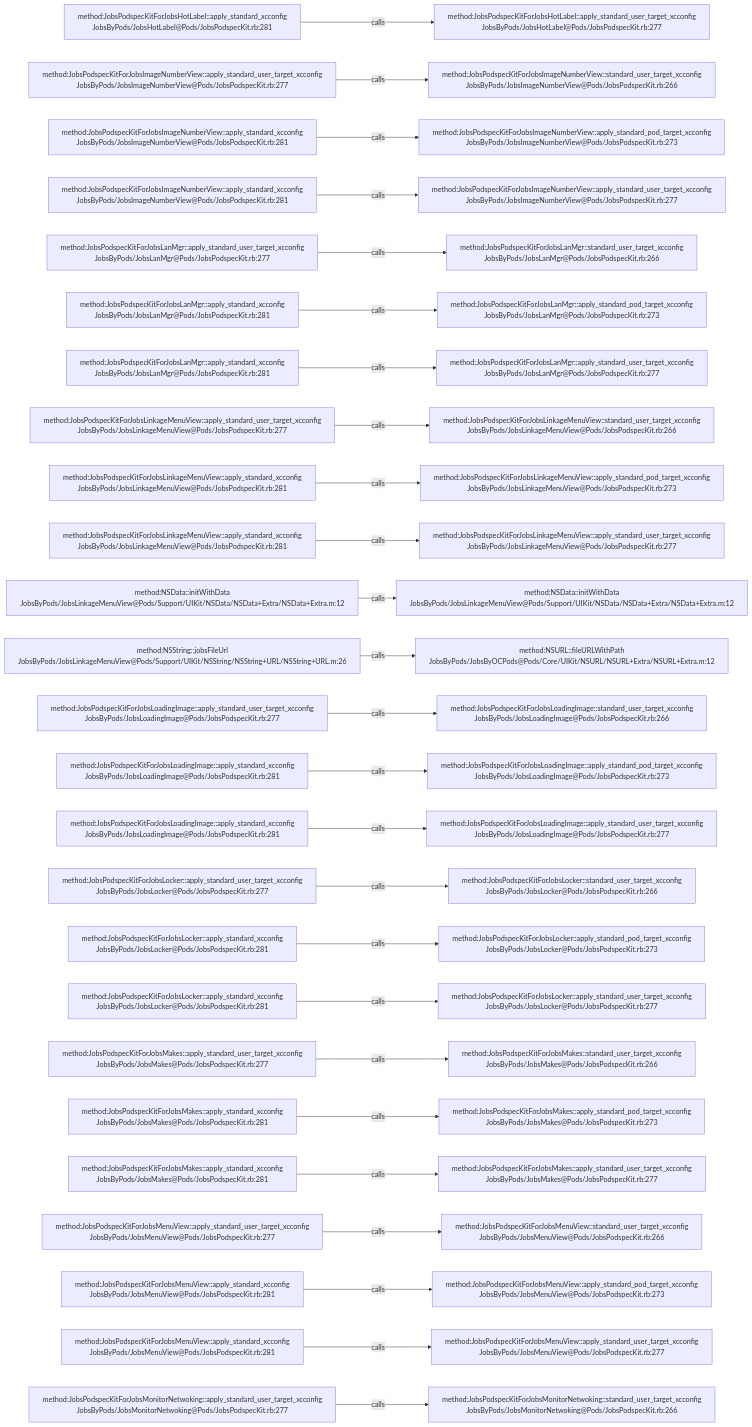
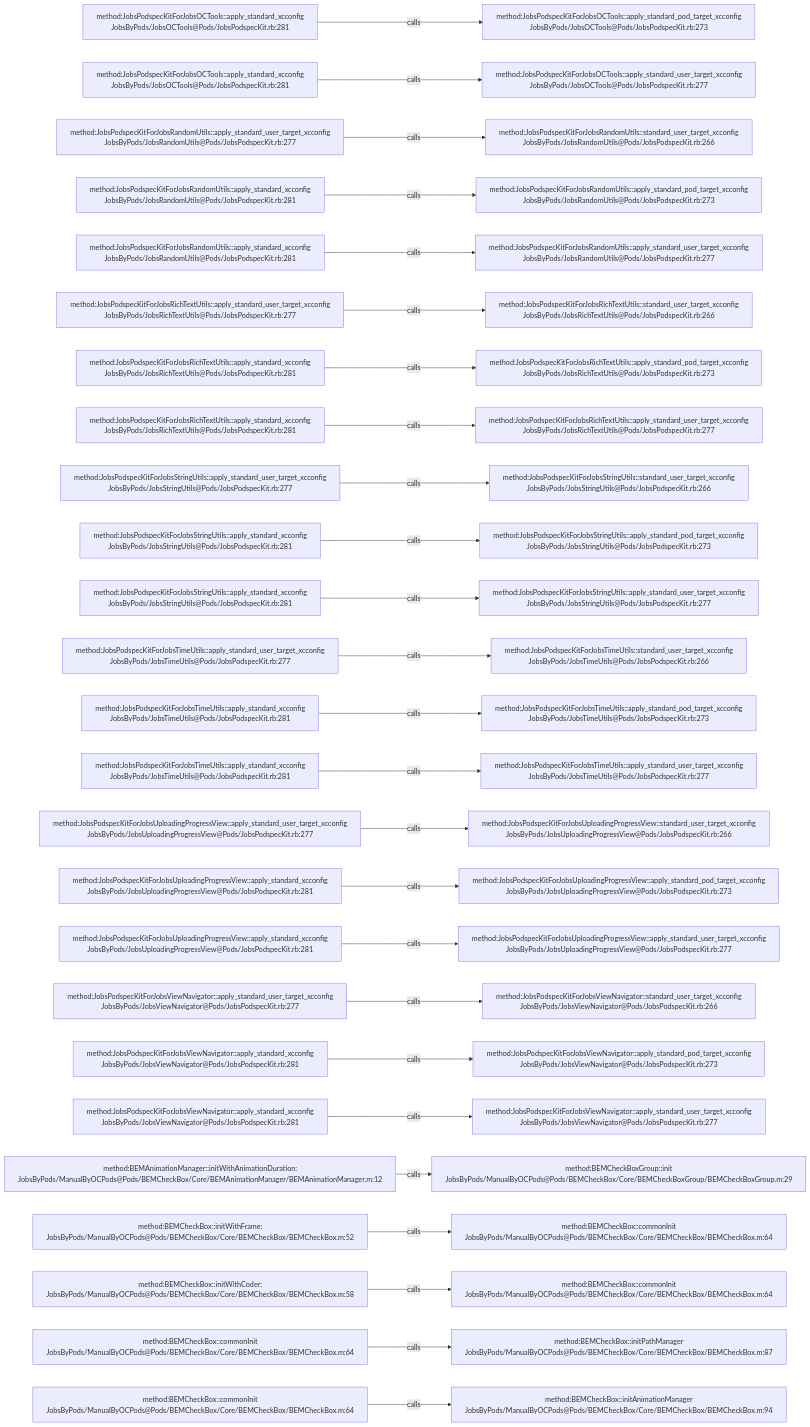
The diagram in .codegraph/codegraph.md/graphs/calls-005.md (JobsKits/JobsOCBaseConfigDemo), drawn with Mermaid before and after one commit. The commit also changed 2723 other files, not shown here.

````diff
--- a/.codegraph/codegraph.md/graphs/calls-005.md
+++ b/.codegraph/codegraph.md/graphs/calls-005.md
@@ -13,78 +13,78 @@
 ```mermaid
 flowchart LR
-  S1["method:JobsPodspecKitForJobsHotLabel::apply_standard_xcconfig<br/>JobsByPods/JobsHotLabel@Pods/JobsPodspecKit.rb:281"]
-  T1["method:JobsPodspecKitForJobsHotLabel::apply_standard_user_target_xcconfig<br/>JobsByPods/JobsHotLabel@Pods/JobsPodspecKit.rb:277"]
+  S1["method:JobsPodspecKitForJobsOCTools::apply_standard_xcconfig<br/>JobsByPods/JobsOCTools@Pods/JobsPodspecKit.rb:281"]
+  T1["method:JobsPodspecKitForJobsOCTools::apply_standard_pod_target_xcconfig<br/>JobsByPods/JobsOCTools@Pods/JobsPodspecKit.rb:273"]
   S1 -->|calls| T1
-  S2["method:JobsPodspecKitForJobsImageNumberView::apply_standard_user_target_xcconfig<br/>JobsByPods/JobsImageNumberView@Pods/JobsPodspecKit.rb:277"]
-  T2["method:JobsPodspecKitForJobsImageNumberView::standard_user_target_xcconfig<br/>JobsByPods/JobsImageNumberView@Pods/JobsPodspecKit.rb:266"]
+  S2["method:JobsPodspecKitForJobsOCTools::apply_standard_xcconfig<br/>JobsByPods/JobsOCTools@Pods/JobsPodspecKit.rb:281"]
+  T2["method:JobsPodspecKitForJobsOCTools::apply_standard_user_target_xcconfig<br/>JobsByPods/JobsOCTools@Pods/JobsPodspecKit.rb:277"]
   S2 -->|calls| T2
-  S3["method:JobsPodspecKitForJobsImageNumberView::apply_standard_xcconfig<br/>JobsByPods/JobsImageNumberView@Pods/JobsPodspecKit.rb:281"]
-  T3["method:JobsPodspecKitForJobsImageNumberView::apply_standard_pod_target_xcconfig<br/>JobsByPods/JobsImageNumberView@Pods/JobsPodspecKit.rb:273"]
+  S3["method:JobsPodspecKitForJobsRandomUtils::apply_standard_user_target_xcconfig<br/>JobsByPods/JobsRandomUtils@Pods/JobsPodspecKit.rb:277"]
+  T3["method:JobsPodspecKitForJobsRandomUtils::standard_user_target_xcconfig<br/>JobsByPods/JobsRandomUtils@Pods/JobsPodspecKit.rb:266"]
   S3 -->|calls| T3
-  S4["method:JobsPodspecKitForJobsImageNumberView::apply_standard_xcconfig<br/>JobsByPods/JobsImageNumberView@Pods/JobsPodspecKit.rb:281"]
-  T4["method:JobsPodspecKitForJobsImageNumberView::apply_standard_user_target_xcconfig<br/>JobsByPods/JobsImageNumberView@Pods/JobsPodspecKit.rb:277"]
+  S4["method:JobsPodspecKitForJobsRandomUtils::apply_standard_xcconfig<br/>JobsByPods/JobsRandomUtils@Pods/JobsPodspecKit.rb:281"]
+  T4["method:JobsPodspecKitForJobsRandomUtils::apply_standard_pod_target_xcconfig<br/>JobsByPods/JobsRandomUtils@Pods/JobsPodspecKit.rb:273"]
   S4 -->|calls| T4
-  S5["method:JobsPodspecKitForJobsLanMgr::apply_standard_user_target_xcconfig<br/>JobsByPods/JobsLanMgr@Pods/JobsPodspecKit.rb:277"]
-  T5["method:JobsPodspecKitForJobsLanMgr::standard_user_target_xcconfig<br/>JobsByPods/JobsLanMgr@Pods/JobsPodspecKit.rb:266"]
+  S5["method:JobsPodspecKitForJobsRandomUtils::apply_standard_xcconfig<br/>JobsByPods/JobsRandomUtils@Pods/JobsPodspecKit.rb:281"]
+  T5["method:JobsPodspecKitForJobsRandomUtils::apply_standard_user_target_xcconfig<br/>JobsByPods/JobsRandomUtils@Pods/JobsPodspecKit.rb:277"]
   S5 -->|calls| T5
-  S6["method:JobsPodspecKitForJobsLanMgr::apply_standard_xcconfig<br/>JobsByPods/JobsLanMgr@Pods/JobsPodspecKit.rb:281"]
-  T6["method:JobsPodspecKitForJobsLanMgr::apply_standard_pod_target_xcconfig<br/>JobsByPods/JobsLanMgr@Pods/JobsPodspecKit.rb:273"]
+  S6["method:JobsPodspecKitForJobsRichTextUtils::apply_standard_user_target_xcconfig<br/>JobsByPods/JobsRichTextUtils@Pods/JobsPodspecKit.rb:277"]
+  T6["method:JobsPodspecKitForJobsRichTextUtils::standard_user_target_xcconfig<br/>JobsByPods/JobsRichTextUtils@Pods/JobsPodspecKit.rb:266"]
   S6 -->|calls| T6
-  S7["method:JobsPodspecKitForJobsLanMgr::apply_standard_xcconfig<br/>JobsByPods/JobsLanMgr@Pods/JobsPodspecKit.rb:281"]
-  T7["method:JobsPodspecKitForJobsLanMgr::apply_standard_user_target_xcconfig<br/>JobsByPods/JobsLanMgr@Pods/JobsPodspecKit.rb:277"]
+  S7["method:JobsPodspecKitForJobsRichTextUtils::apply_standard_xcconfig<br/>JobsByPods/JobsRichTextUtils@Pods/JobsPodspecKit.rb:281"]
+  T7["method:JobsPodspecKitForJobsRichTextUtils::apply_standard_pod_target_xcconfig<br/>JobsByPods/JobsRichTextUtils@Pods/JobsPodspecKit.rb:273"]
   S7 -->|calls| T7
-  S8["method:JobsPodspecKitForJobsLinkageMenuView::apply_standard_user_target_xcconfig<br/>JobsByPods/JobsLinkageMenuView@Pods/JobsPodspecKit.rb:277"]
-  T8["method:JobsPodspecKitForJobsLinkageMenuView::standard_user_target_xcconfig<br/>JobsByPods/JobsLinkageMenuView@Pods/JobsPodspecKit.rb:266"]
+  S8["method:JobsPodspecKitForJobsRichTextUtils::apply_standard_xcconfig<br/>JobsByPods/JobsRichTextUtils@Pods/JobsPodspecKit.rb:281"]
+  T8["method:JobsPodspecKitForJobsRichTextUtils::apply_standard_user_target_xcconfig<br/>JobsByPods/JobsRichTextUtils@Pods/JobsPodspecKit.rb:277"]
   S8 -->|calls| T8
-  S9["method:JobsPodspecKitForJobsLinkageMenuView::apply_standard_xcconfig<br/>JobsByPods/JobsLinkageMenuView@Pods/JobsPodspecKit.rb:281"]
-  T9["method:JobsPodspecKitForJobsLinkageMenuView::apply_standard_pod_target_xcconfig<br/>JobsByPods/JobsLinkageMenuView@Pods/JobsPodspecKit.rb:273"]
+  S9["method:JobsPodspecKitForJobsStringUtils::apply_standard_user_target_xcconfig<br/>JobsByPods/JobsStringUtils@Pods/JobsPodspecKit.rb:277"]
+  T9["method:JobsPodspecKitForJobsStringUtils::standard_user_target_xcconfig<br/>JobsByPods/JobsStringUtils@Pods/JobsPodspecKit.rb:266"]
   S9 -->|calls| T9
-  S10["method:JobsPodspecKitForJobsLinkageMenuView::apply_standard_xcconfig<br/>JobsByPods/JobsLinkageMenuView@Pods/JobsPodspecKit.rb:281"]
-  T10["method:JobsPodspecKitForJobsLinkageMenuView::apply_standard_user_target_xcconfig<br/>JobsByPods/JobsLinkageMenuView@Pods/JobsPodspecKit.rb:277"]
+  S10["method:JobsPodspecKitForJobsStringUtils::apply_standard_xcconfig<br/>JobsByPods/JobsStringUtils@Pods/JobsPodspecKit.rb:281"]
+  T10["method:JobsPodspecKitForJobsStringUtils::apply_standard_pod_target_xcconfig<br/>JobsByPods/JobsStringUtils@Pods/JobsPodspecKit.rb:273"]
   S10 -->|calls| T10
-  S11["method:NSData::initWithData<br/>JobsByPods/JobsLinkageMenuView@Pods/Support/UIKit/NSData/NSData+Extra/NSData+Extra.m:12"]
-  T11["method:NSData::initWithData<br/>JobsByPods/JobsLinkageMenuView@Pods/Support/UIKit/NSData/NSData+Extra/NSData+Extra.m:12"]
+  S11["method:JobsPodspecKitForJobsStringUtils::apply_standard_xcconfig<br/>JobsByPods/JobsStringUtils@Pods/JobsPodspecKit.rb:281"]
+  T11["method:JobsPodspecKitForJobsStringUtils::apply_standard_user_target_xcconfig<br/>JobsByPods/JobsStringUtils@Pods/JobsPodspecKit.rb:277"]
   S11 -->|calls| T11
-  S12["method:NSString::jobsFileUrl<br/>JobsByPods/JobsLinkageMenuView@Pods/Support/UIKit/NSString/NSString+URL/NSString+URL.m:26"]
-  T12["method:NSURL::fileURLWithPath<br/>JobsByPods/JobsByOCPods@Pods/Core/UIKit/NSURL/NSURL+Extra/NSURL+Extra.m:12"]
+  S12["method:JobsPodspecKitForJobsTimeUtils::apply_standard_user_target_xcconfig<br/>JobsByPods/JobsTimeUtils@Pods/JobsPodspecKit.rb:277"]
+  T12["method:JobsPodspecKitForJobsTimeUtils::standard_user_target_xcconfig<br/>JobsByPods/JobsTimeUtils@Pods/JobsPodspecKit.rb:266"]
   S12 -->|calls| T12
-  S13["method:JobsPodspecKitForJobsLoadingImage::apply_standard_user_target_xcconfig<br/>JobsByPods/JobsLoadingImage@Pods/JobsPodspecKit.rb:277"]
-  T13["method:JobsPodspecKitForJobsLoadingImage::standard_user_target_xcconfig<br/>JobsByPods/JobsLoadingImage@Pods/JobsPodspecKit.rb:266"]
+  S13["method:JobsPodspecKitForJobsTimeUtils::apply_standard_xcconfig<br/>JobsByPods/JobsTimeUtils@Pods/JobsPodspecKit.rb:281"]
+  T13["method:JobsPodspecKitForJobsTimeUtils::apply_standard_pod_target_xcconfig<br/>JobsByPods/JobsTimeUtils@Pods/JobsPodspecKit.rb:273"]
   S13 -->|calls| T13
-  S14["method:JobsPodspecKitForJobsLoadingImage::apply_standard_xcconfig<br/>JobsByPods/JobsLoadingImage@Pods/JobsPodspecKit.rb:281"]
-  T14["method:JobsPodspecKitForJobsLoadingImage::apply_standard_pod_target_xcconfig<br/>JobsByPods/JobsLoadingImage@Pods/JobsPodspecKit.rb:273"]
+  S14["method:JobsPodspecKitForJobsTimeUtils::apply_standard_xcconfig<br/>JobsByPods/JobsTimeUtils@Pods/JobsPodspecKit.rb:281"]
+  T14["method:JobsPodspecKitForJobsTimeUtils::apply_standard_user_target_xcconfig<br/>JobsByPods/JobsTimeUtils@Pods/JobsPodspecKit.rb:277"]
   S14 -->|calls| T14
-  S15["method:JobsPodspecKitForJobsLoadingImage::apply_standard_xcconfig<br/>JobsByPods/JobsLoadingImage@Pods/JobsPodspecKit.rb:281"]
-  T15["method:JobsPodspecKitForJobsLoadingImage::apply_standard_user_target_xcconfig<br/>JobsByPods/JobsLoadingImage@Pods/JobsPodspecKit.rb:277"]
+  S15["method:JobsPodspecKitForJobsUploadingProgressView::apply_standard_user_target_xcconfig<br/>JobsByPods/JobsUploadingProgressView@Pods/JobsPodspecKit.rb:277"]
+  T15["method:JobsPodspecKitForJobsUploadingProgressView::standard_user_target_xcconfig<br/>JobsByPods/JobsUploadingProgressView@Pods/JobsPodspecKit.rb:266"]
   S15 -->|calls| T15
-  S16["method:JobsPodspecKitForJobsLocker::apply_standard_user_target_xcconfig<br/>JobsByPods/JobsLocker@Pods/JobsPodspecKit.rb:277"]
-  T16["method:JobsPodspecKitForJobsLocker::standard_user_target_xcconfig<br/>JobsByPods/JobsLocker@Pods/JobsPodspecKit.rb:266"]
+  S16["method:JobsPodspecKitForJobsUploadingProgressView::apply_standard_xcconfig<br/>JobsByPods/JobsUploadingProgressView@Pods/JobsPodspecKit.rb:281"]
+  T16["method:JobsPodspecKitForJobsUploadingProgressView::apply_standard_pod_target_xcconfig<br/>JobsByPods/JobsUploadingProgressView@Pods/JobsPodspecKit.rb:273"]
   S16 -->|calls| T16
-  S17["method:JobsPodspecKitForJobsLocker::apply_standard_xcconfig<br/>JobsByPods/JobsLocker@Pods/JobsPodspecKit.rb:281"]
-  T17["method:JobsPodspecKitForJobsLocker::apply_standard_pod_target_xcconfig<br/>JobsByPods/JobsLocker@Pods/JobsPodspecKit.rb:273"]
+  S17["method:JobsPodspecKitForJobsUploadingProgressView::apply_standard_xcconfig<br/>JobsByPods/JobsUploadingProgressView@Pods/JobsPodspecKit.rb:281"]
+  T17["method:JobsPodspecKitForJobsUploadingProgressView::apply_standard_user_target_xcconfig<br/>JobsByPods/JobsUploadingProgressView@Pods/JobsPodspecKit.rb:277"]
   S17 -->|calls| T17
-  S18["method:JobsPodspecKitForJobsLocker::apply_standard_xcconfig<br/>JobsByPods/JobsLocker@Pods/JobsPodspecKit.rb:281"]
-  T18["method:JobsPodspecKitForJobsLocker::apply_standard_user_target_xcconfig<br/>JobsByPods/JobsLocker@Pods/JobsPodspecKit.rb:277"]
+  S18["method:JobsPodspecKitForJobsViewNavigator::apply_standard_user_target_xcconfig<br/>JobsByPods/JobsViewNavigator@Pods/JobsPodspecKit.rb:277"]
+  T18["method:JobsPodspecKitForJobsViewNavigator::standard_user_target_xcconfig<br/>JobsByPods/JobsViewNavigator@Pods/JobsPodspecKit.rb:266"]
   S18 -->|calls| T18
-  S19["method:JobsPodspecKitForJobsMakes::apply_standard_user_target_xcconfig<br/>JobsByPods/JobsMakes@Pods/JobsPodspecKit.rb:277"]
-  T19["method:JobsPodspecKitForJobsMakes::standard_user_target_xcconfig<br/>JobsByPods/JobsMakes@Pods/JobsPodspecKit.rb:266"]
+  S19["method:JobsPodspecKitForJobsViewNavigator::apply_standard_xcconfig<br/>JobsByPods/JobsViewNavigator@Pods/JobsPodspecKit.rb:281"]
+  T19["method:JobsPodspecKitForJobsViewNavigator::apply_standard_pod_target_xcconfig<br/>JobsByPods/JobsViewNavigator@Pods/JobsPodspecKit.rb:273"]
   S19 -->|calls| T19
-  S20["method:JobsPodspecKitForJobsMakes::apply_standard_xcconfig<br/>JobsByPods/JobsMakes@Pods/JobsPodspecKit.rb:281"]
-  T20["method:JobsPodspecKitForJobsMakes::apply_standard_pod_target_xcconfig<br/>JobsByPods/JobsMakes@Pods/JobsPodspecKit.rb:273"]
+  S20["method:JobsPodspecKitForJobsViewNavigator::apply_standard_xcconfig<br/>JobsByPods/JobsViewNavigator@Pods/JobsPodspecKit.rb:281"]
+  T20["method:JobsPodspecKitForJobsViewNavigator::apply_standard_user_target_xcconfig<br/>JobsByPods/JobsViewNavigator@Pods/JobsPodspecKit.rb:277"]
   S20 -->|calls| T20
-  S21["method:JobsPodspecKitForJobsMakes::apply_standard_xcconfig<br/>JobsByPods/JobsMakes@Pods/JobsPodspecKit.rb:281"]
-  T21["method:JobsPodspecKitForJobsMakes::apply_standard_user_target_xcconfig<br/>JobsByPods/JobsMakes@Pods/JobsPodspecKit.rb:277"]
+  S21["method:BEMAnimationManager::initWithAnimationDuration:<br/>JobsByPods/ManualByOCPods@Pods/BEMCheckBox/Core/BEMAnimationManager/BEMAnimationManager.m:12"]
+  T21["method:BEMCheckBoxGroup::init<br/>JobsByPods/ManualByOCPods@Pods/BEMCheckBox/Core/BEMCheckBoxGroup/BEMCheckBoxGroup.m:29"]
   S21 -->|calls| T21
-  S22["method:JobsPodspecKitForJobsMenuView::apply_standard_user_target_xcconfig<br/>JobsByPods/JobsMenuView@Pods/JobsPodspecKit.rb:277"]
-  T22["method:JobsPodspecKitForJobsMenuView::standard_user_target_xcconfig<br/>JobsByPods/JobsMenuView@Pods/JobsPodspecKit.rb:266"]
+  S22["method:BEMCheckBox::initWithFrame:<br/>JobsByPods/ManualByOCPods@Pods/BEMCheckBox/Core/BEMCheckBox/BEMCheckBox.m:52"]
+  T22["method:BEMCheckBox::commonInit<br/>JobsByPods/ManualByOCPods@Pods/BEMCheckBox/Core/BEMCheckBox/BEMCheckBox.m:64"]
   S22 -->|calls| T22
-  S23["method:JobsPodspecKitForJobsMenuView::apply_standard_xcconfig<br/>JobsByPods/JobsMenuView@Pods/JobsPodspecKit.rb:281"]
-  T23["method:JobsPodspecKitForJobsMenuView::apply_standard_pod_target_xcconfig<br/>JobsByPods/JobsMenuView@Pods/JobsPodspecKit.rb:273"]
+  S23["method:BEMCheckBox::initWithCoder:<br/>JobsByPods/ManualByOCPods@Pods/BEMCheckBox/Core/BEMCheckBox/BEMCheckBox.m:58"]
+  T23["method:BEMCheckBox::commonInit<br/>JobsByPods/ManualByOCPods@Pods/BEMCheckBox/Core/BEMCheckBox/BEMCheckBox.m:64"]
   S23 -->|calls| T23
-  S24["method:JobsPodspecKitForJobsMenuView::apply_standard_xcconfig<br/>JobsByPods/JobsMenuView@Pods/JobsPodspecKit.rb:281"]
-  T24["method:JobsPodspecKitForJobsMenuView::apply_standard_user_target_xcconfig<br/>JobsByPods/JobsMenuView@Pods/JobsPodspecKit.rb:277"]
+  S24["method:BEMCheckBox::commonInit<br/>JobsByPods/ManualByOCPods@Pods/BEMCheckBox/Core/BEMCheckBox/BEMCheckBox.m:64"]
+  T24["method:BEMCheckBox::initPathManager<br/>JobsByPods/ManualByOCPods@Pods/BEMCheckBox/Core/BEMCheckBox/BEMCheckBox.m:87"]
   S24 -->|calls| T24
-  S25["method:JobsPodspecKitForJobsMonitorNetwoking::apply_standard_user_target_xcconfig<br/>JobsByPods/JobsMonitorNetwoking@Pods/JobsPodspecKit.rb:277"]
-  T25["method:JobsPodspecKitForJobsMonitorNetwoking::standard_user_target_xcconfig<br/>JobsByPods/JobsMonitorNetwoking@Pods/JobsPodspecKit.rb:266"]
+  S25["method:BEMCheckBox::commonInit<br/>JobsByPods/ManualByOCPods@Pods/BEMCheckBox/Core/BEMCheckBox/BEMCheckBox.m:64"]
+  T25["method:BEMCheckBox::initAnimationManager<br/>JobsByPods/ManualByOCPods@Pods/BEMCheckBox/Core/BEMCheckBox/BEMCheckBox.m:94"]
   S25 -->|calls| T25
 ```
````
